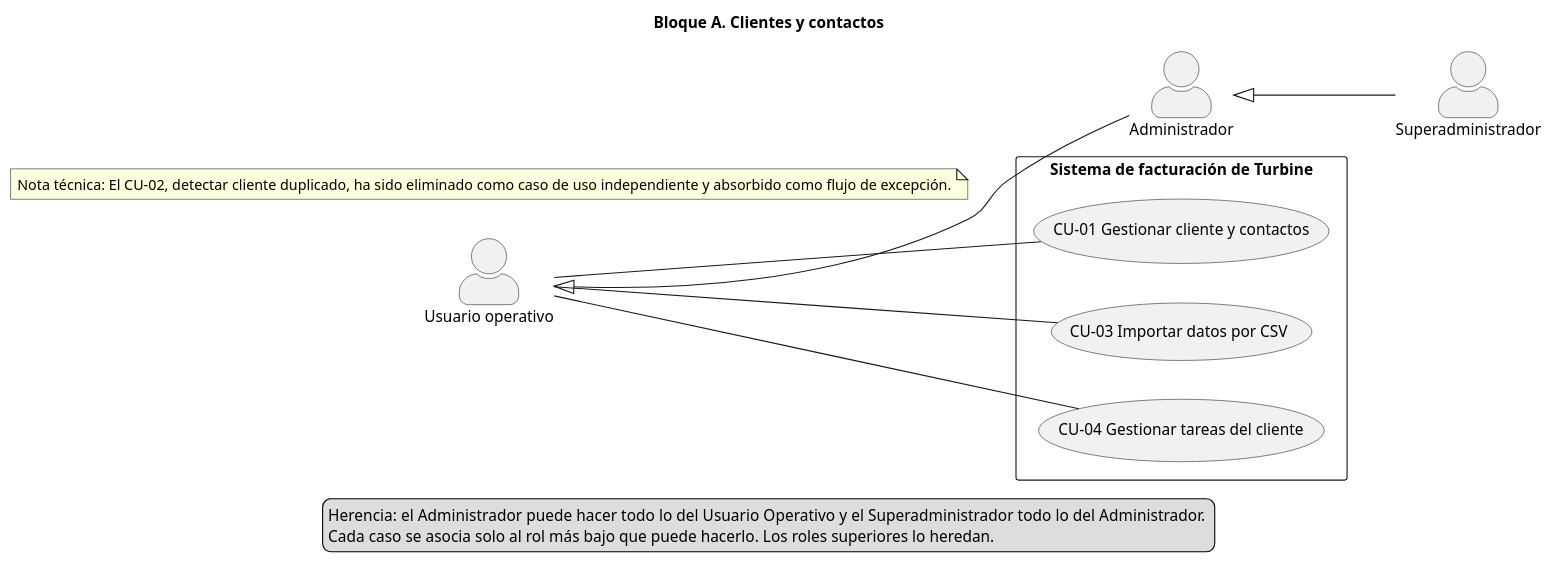
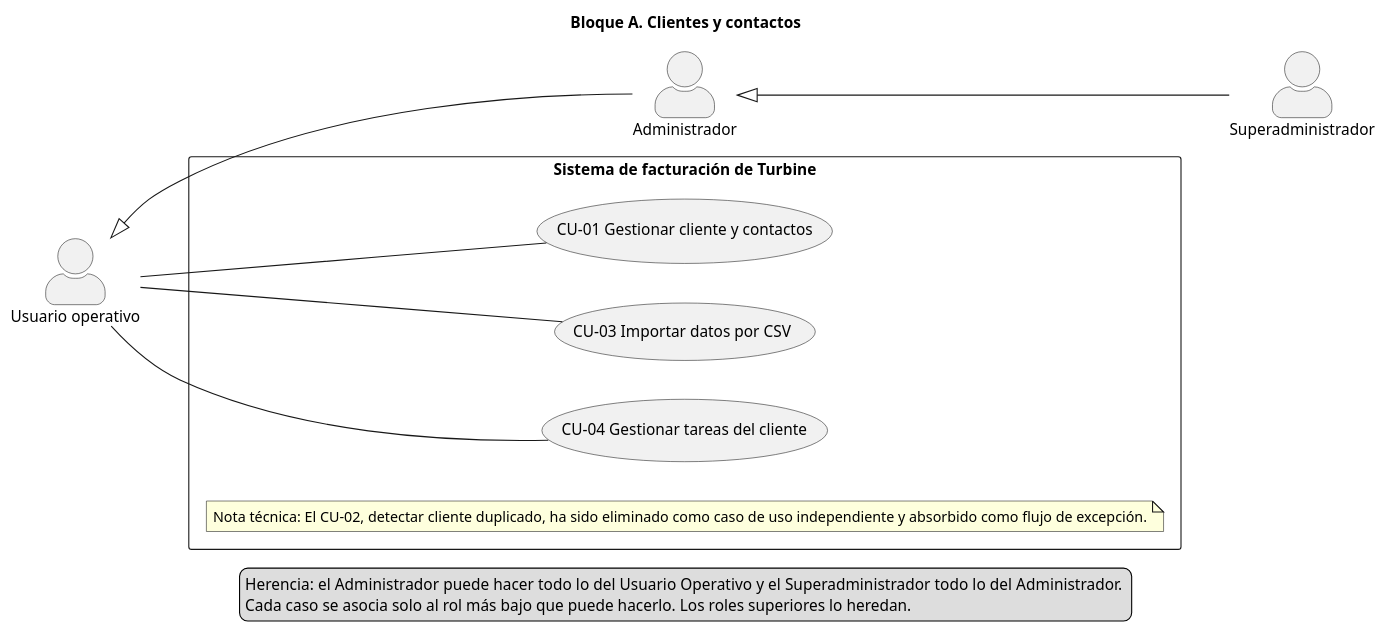
The diagram in doc/src/Borradores_Diagramas_UML_Casos_De_Uso/propuesta_PABLO_FERNANDEZ_CARABANTES_diagrama_UML_de_casos_de_uso/Casos_Uso_A_Clientes_y_Contactos.pu (suqihao-star/JIRAFAS), drawn with PlantUML before and after one commit.

Commit message:
Update Casos_Uso_A_Clientes_y_Contactos.pu nota CU-02

```diff
--- a/doc/src/Borradores_Diagramas_UML_Casos_De_Uso/propuesta_PABLO_FERNANDEZ_CARABANTES_diagrama_UML_de_casos_de_uso/Casos_Uso_A_Clientes_y_Contactos.pu
+++ b/doc/src/Borradores_Diagramas_UML_Casos_De_Uso/propuesta_PABLO_FERNANDEZ_CARABANTES_diagrama_UML_de_casos_de_uso/Casos_Uso_A_Clientes_y_Contactos.pu
@@ -1,24 +1,25 @@
 @startuml
 skinparam actorStyle awesome
 skinparam packageStyle rectangle
 left to right direction
 title Bloque A. Clientes y contactos
 actor "Usuario operativo" as UO
 actor "Administrador" as ADMIN
 actor "Superadministrador" as SADMIN
 UO <|-- ADMIN
 ADMIN <|-- SADMIN
 rectangle "Sistema de facturación de Turbine" {
   usecase "CU-01 Gestionar cliente y contactos" as CU01
   usecase "CU-03 Importar datos por CSV" as CU03
   usecase "CU-04 Gestionar tareas del cliente" as CU04
+note "Nota técnica: El CU-02, detectar cliente duplicado, ha sido eliminado como caso de uso independiente y absorbido como flujo de excepción." as NotaCU02
 }
 UO -- CU01
 UO -- CU03
 UO -- CU04
-note "Nota técnica: El CU-02, detectar cliente duplicado, ha sido eliminado como caso de uso independiente y absorbido como flujo de excepción." as NotaCU02
+
 legend bottom
 Herencia: el Administrador puede hacer todo lo del Usuario Operativo y el Superadministrador todo lo del Administrador. 
 Cada caso se asocia solo al rol más bajo que puede hacerlo. Los roles superiores lo heredan.
 endlegend
 @enduml
```
